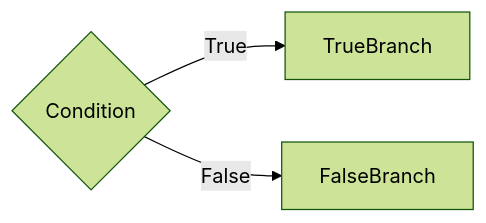
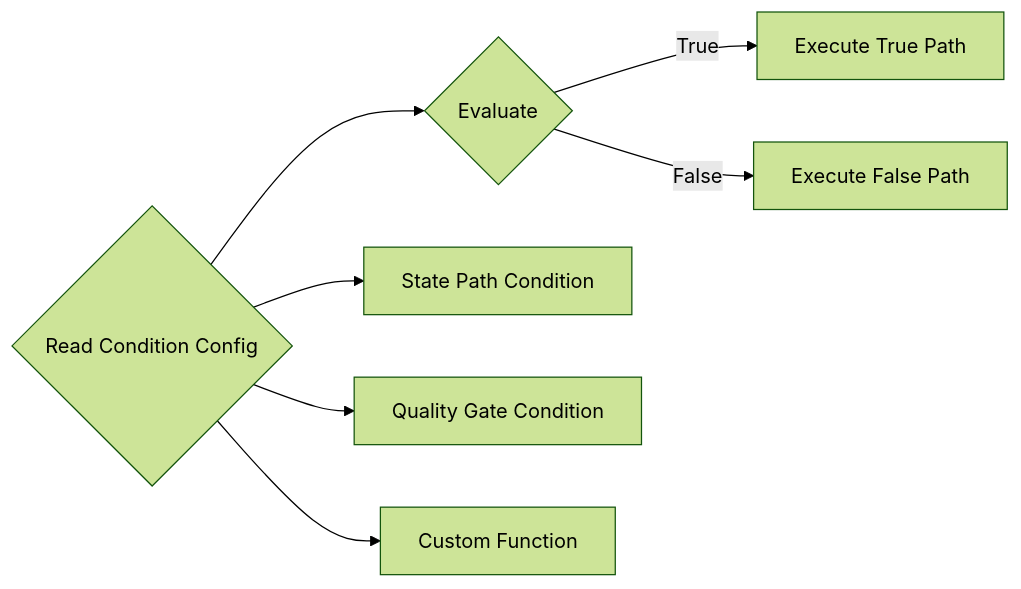
The second of 7 diagrams in docs/NODE_CATALOG.md (fblgit/agentool), drawn with Mermaid (forest theme) before and after one commit. The commit also changed other lines of this file and 7 other files, not shown here.

````diff
--- a/docs/NODE_CATALOG.md
+++ b/docs/NODE_CATALOG.md
@@ -687,5 +1100,9 @@
 ```mermaid
 graph LR
-    Cond{Condition} -->|True| TrueBranch
-    Cond -->|False| FalseBranch
+    StateCheck{Read Condition Config} --> Eval{Evaluate}
+    Eval -->|True| TrueBranch[Execute True Path]
+    Eval -->|False| FalseBranch[Execute False Path]
+    StateCheck --> StateCondition[State Path Condition]
+    StateCheck --> QualityGate[Quality Gate Condition]
+    StateCheck --> CustomCondition[Custom Function]
 ```
````
